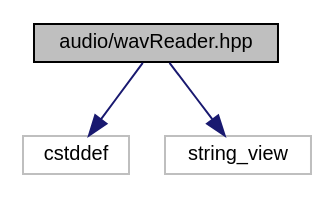
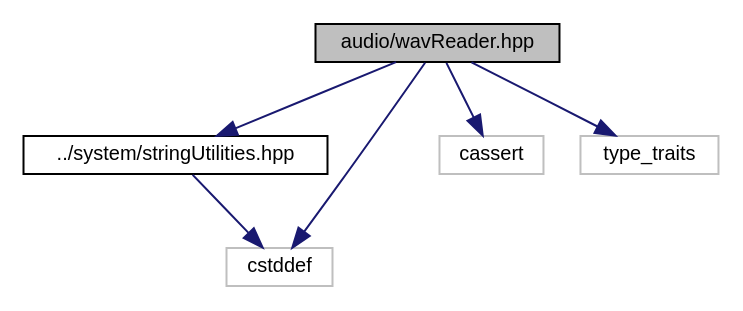
Before and after one commit to AkiyukiOkayasu/ame: the diagram in docs/wav_reader_8hpp__incl.dot, drawn with Graphviz. The commit also changed 195 other files, not shown here.

```diff
--- a/docs/wav_reader_8hpp__incl.dot
+++ b/docs/wav_reader_8hpp__incl.dot
@@ -1,11 +1,16 @@
 digraph "audio/wavReader.hpp"
 {
  // LATEX_PDF_SIZE
   edge [fontname="Helvetica",fontsize="10",labelfontname="Helvetica",labelfontsize="10"];
   node [fontname="Helvetica",fontsize="10",shape=record];
   Node1 [label="audio/wavReader.hpp",height=0.2,width=0.4,color="black", fillcolor="grey75", style="filled", fontcolor="black",tooltip="Wav reader."];
   Node1 -> Node2 [color="midnightblue",fontsize="10",style="solid",fontname="Helvetica"];
-  Node2 [label="cstddef",height=0.2,width=0.4,color="grey75", fillcolor="white", style="filled",tooltip=" "];
+  Node2 [label="../system/stringUtilities.hpp",height=0.2,width=0.4,color="black", fillcolor="white", style="filled",URL="$string_utilities_8hpp.html",tooltip="String utilities."];
+  Node2 -> Node3 [color="midnightblue",fontsize="10",style="solid",fontname="Helvetica"];
+  Node3 [label="cstddef",height=0.2,width=0.4,color="grey75", fillcolor="white", style="filled",tooltip=" "];
+  Node1 -> Node4 [color="midnightblue",fontsize="10",style="solid",fontname="Helvetica"];
+  Node4 [label="cassert",height=0.2,width=0.4,color="grey75", fillcolor="white", style="filled",tooltip=" "];
   Node1 -> Node3 [color="midnightblue",fontsize="10",style="solid",fontname="Helvetica"];
-  Node3 [label="string_view",height=0.2,width=0.4,color="grey75", fillcolor="white", style="filled",tooltip=" "];
+  Node1 -> Node5 [color="midnightblue",fontsize="10",style="solid",fontname="Helvetica"];
+  Node5 [label="type_traits",height=0.2,width=0.4,color="grey75", fillcolor="white", style="filled",tooltip=" "];
 }
```
